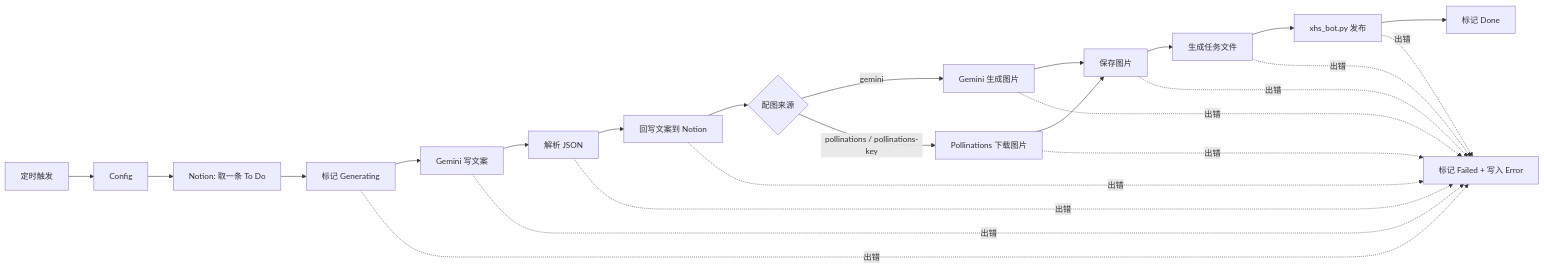
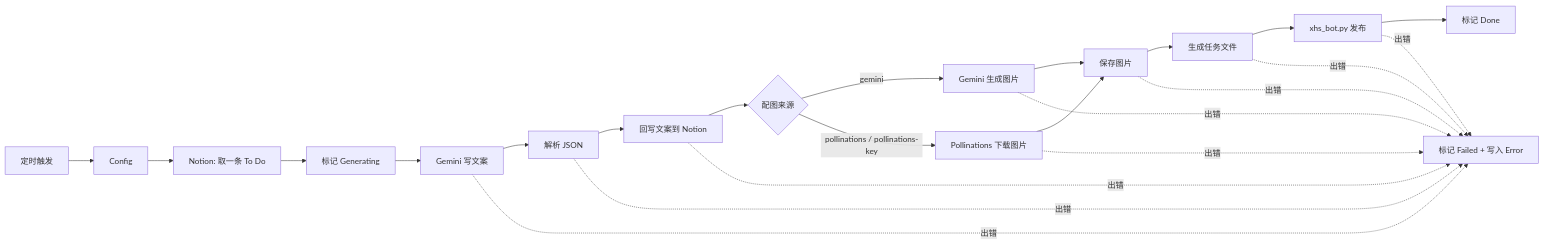
One commit to XingjianWang001/n8n-xhs-autopost changed the diagram in README.md. Above: the diagram before and after it, drawn with Mermaid. The commit also changed 4 other files, not shown here.

````diff
--- a/README.md
+++ b/README.md
@@ -19,18 +19,18 @@
 ```mermaid
 flowchart LR
     A[定时触发] --> B[Config]
     B --> C[Notion: 取一条 To Do]
     C --> D[标记 Generating]
     D --> E[Gemini 写文案]
     E --> F[解析 JSON]
     F --> G[回写文案到 Notion]
     G --> H{配图来源}
     H -->|gemini| I[Gemini 生成图片]
     H -->|pollinations / pollinations-key| J[Pollinations 下载图片]
     I --> K[保存图片]
     J --> K
     K --> L[生成任务文件]
     L --> M[xhs_bot.py 发布]
     M --> N[标记 Done]
-    D & E & F & G & I & J & K & L & M -.出错.-> X[标记 Failed + 写入 Error]
+    E & F & G & I & J & K & L & M -.出错.-> X[标记 Failed + 写入 Error]
 ```
````
